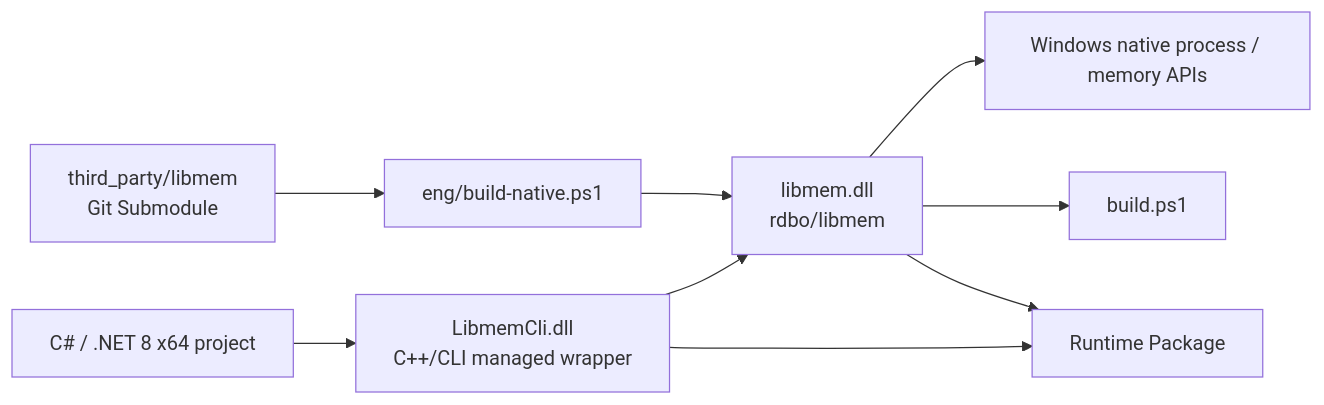
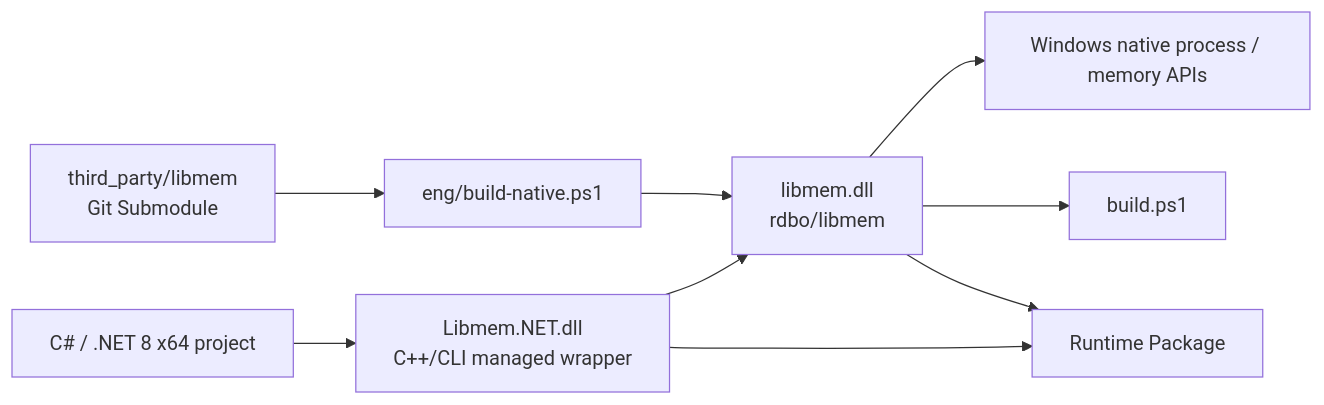
Before and after one commit to CardResearchLab/Libmem.NET: the diagram in README.en.md, drawn with Mermaid. The commit also changed other lines of this file, not shown here.

Commit message:
docs: migrate README.en.md references to Libmem.NET

````diff
--- a/README.en.md
+++ b/README.en.md
@@ -25,12 +25,12 @@
 ```mermaid
 flowchart LR
-    App["C# / .NET 8 x64 project"] --> Cli["LibmemCli.dll<br/>C++/CLI managed wrapper"]
+    App["C# / .NET 8 x64 project"] --> Cli["Libmem.NET.dll<br/>C++/CLI managed wrapper"]
     Cli --> Native["libmem.dll<br/>rdbo/libmem"]
     Native --> Win["Windows native process / memory APIs"]
 
     Submodule["third_party/libmem<br/>Git Submodule"] --> NativeBuild["eng/build-native.ps1"]
     NativeBuild --> Native
     Native --> Build["build.ps1"]
     Cli --> Package["Runtime Package"]
     Native --> Package
 ```
````
